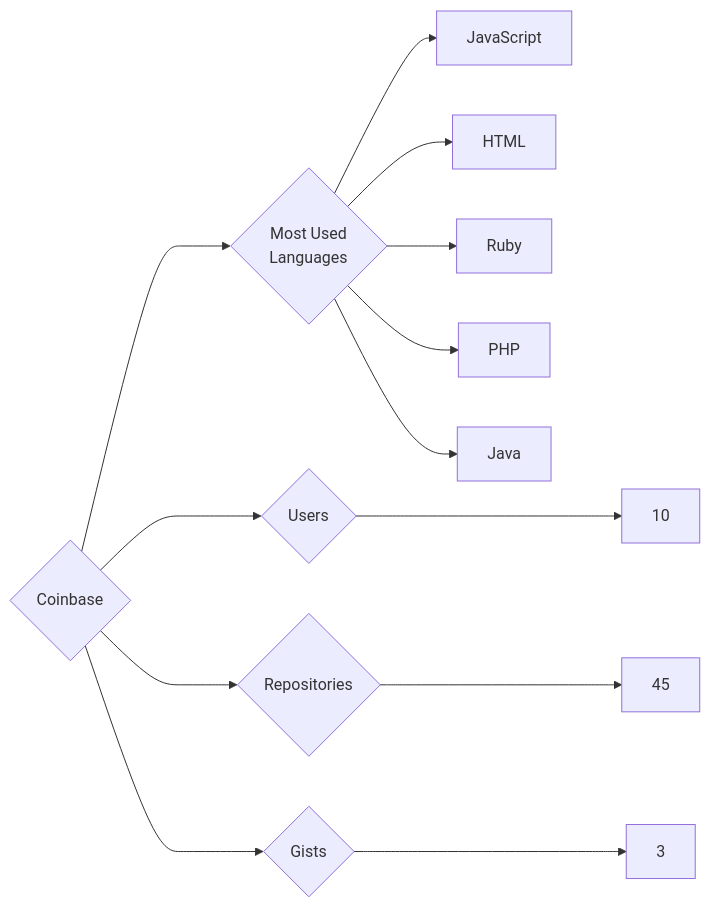
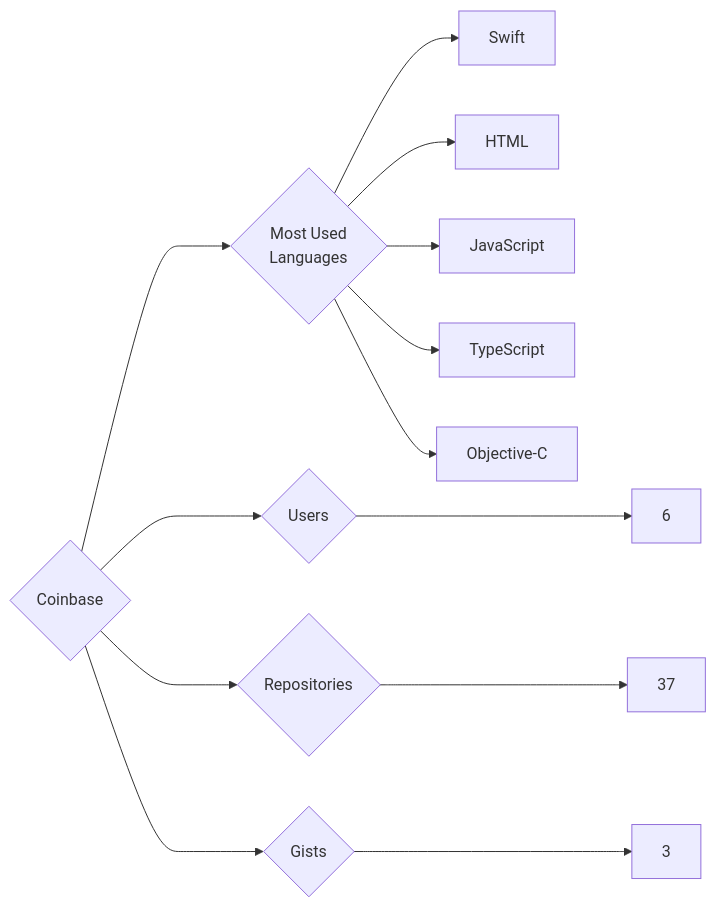
The diagram in targets/Coinbase/README.md (trickest/insiders), drawn with Mermaid before and after one commit. The commit also changed 1170 other files, not shown here.

````diff
--- a/targets/Coinbase/README.md
+++ b/targets/Coinbase/README.md
@@ -3,13 +3,13 @@
 ```mermaid
 graph LR
 COMPANY_NAME{Coinbase}
-COMPANY_NAME ---> U{Users} ---> UN[10]
-COMPANY_NAME ---> R{Repositories} ---> RN[45]
+COMPANY_NAME ---> U{Users} ---> UN[6]
+COMPANY_NAME ---> R{Repositories} ---> RN[37]
 COMPANY_NAME ---> G{Gists} ---> GN[3]
 COMPANY_NAME ---> ML{Most Used<br>Languages}
+ML --> Swift[Swift]
+ML --> HTML[HTML]
 ML --> JavaScript[JavaScript]
-ML --> HTML[HTML]
-ML --> Ruby[Ruby]
-ML --> PHP[PHP]
-ML --> Java[Java]
+ML --> TypeScript[TypeScript]
+ML --> Objective-C[Objective-C]
 ```
````
